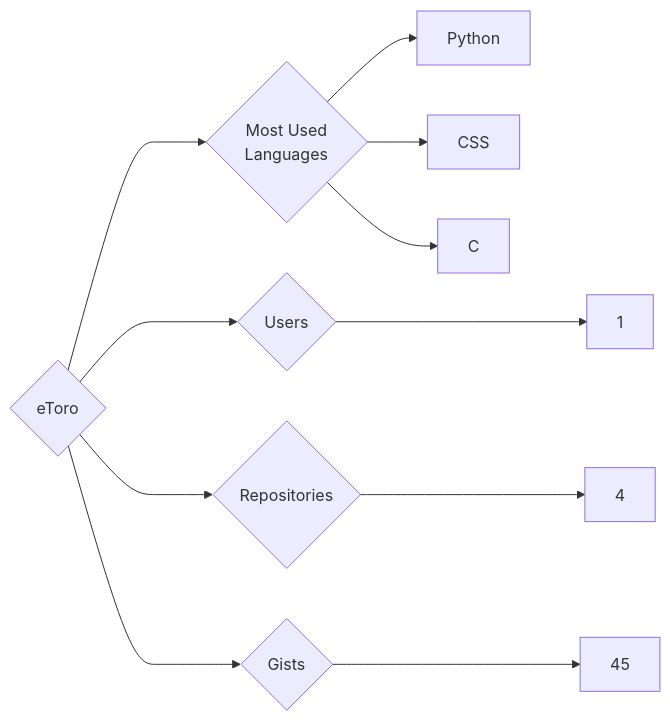
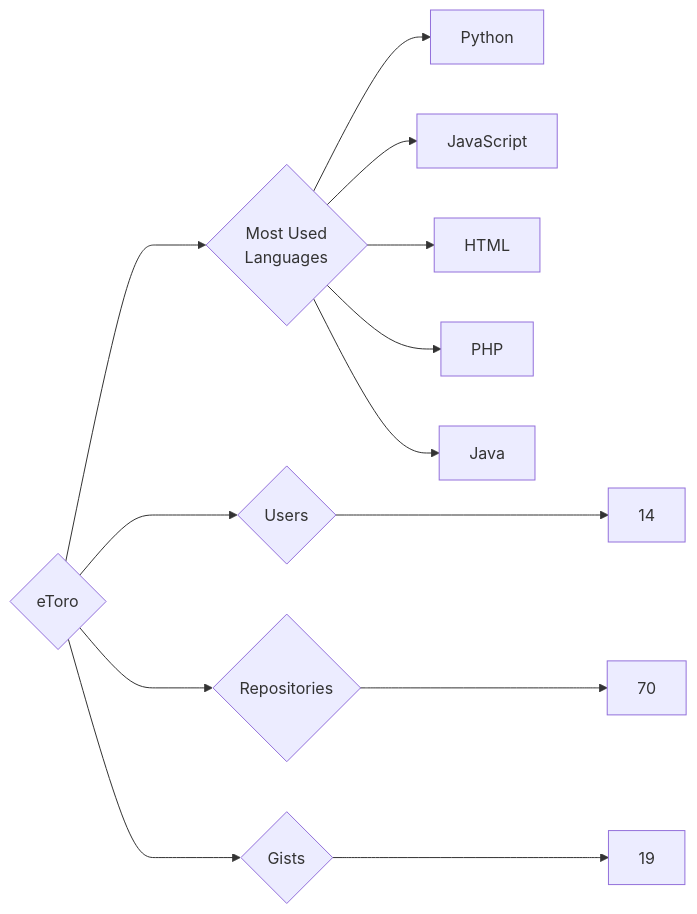
One commit to trickest/insiders changed the diagram in targets/eToro/README.md. Above: the diagram before and after it, drawn with Mermaid. The commit also changed 953 other files, not shown here.

````diff
--- a/targets/eToro/README.md
+++ b/targets/eToro/README.md
@@ -3,11 +3,13 @@
 ```mermaid
 graph LR
 COMPANY_NAME{eToro}
-COMPANY_NAME ---> U{Users} ---> UN[1]
-COMPANY_NAME ---> R{Repositories} ---> RN[4]
-COMPANY_NAME ---> G{Gists} ---> GN[45]
+COMPANY_NAME ---> U{Users} ---> UN[14]
+COMPANY_NAME ---> R{Repositories} ---> RN[70]
+COMPANY_NAME ---> G{Gists} ---> GN[19]
 COMPANY_NAME ---> ML{Most Used<br>Languages}
 ML --> Python[Python]
-ML --> CSS[CSS]
-ML --> C[C]
+ML --> JavaScript[JavaScript]
+ML --> HTML[HTML]
+ML --> PHP[PHP]
+ML --> Java[Java]
 ```
````
